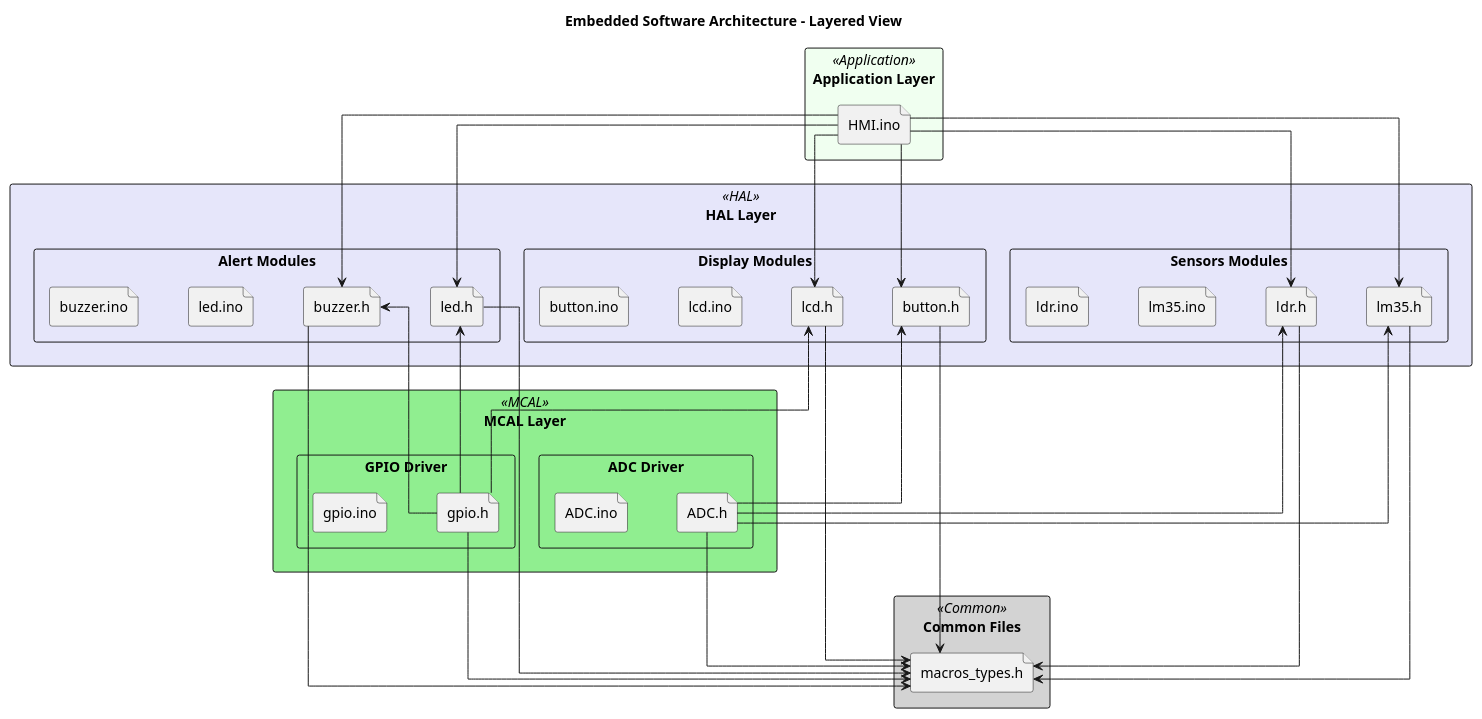
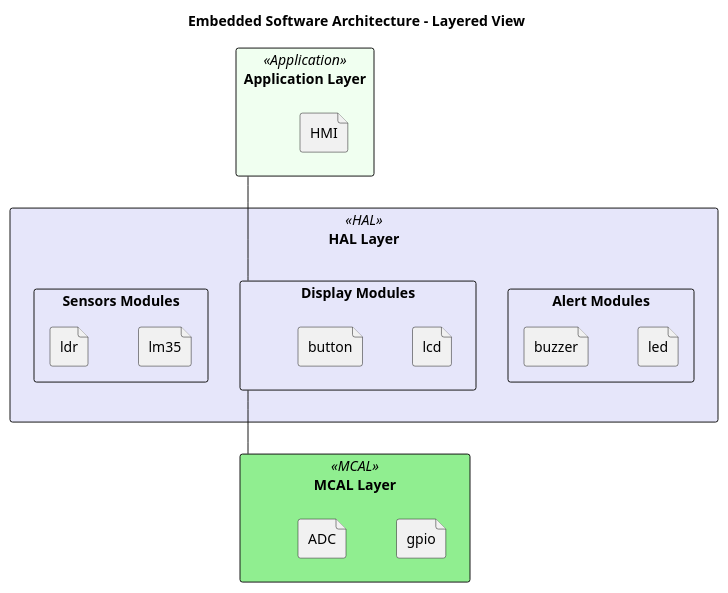
One commit to Arwa-Hesham/Human-Machine-Interface-HMI- changed the first of 3 diagrams in pdesign/project_design.md. Above: the diagram before and after it, drawn with PlantUML. The commit also changed other lines of this file, not shown here.

Commit message:
Architectural Overview modifications

````diff
--- a/pdesign/project_design.md
+++ b/pdesign/project_design.md
@@ -58,7 +58,7 @@
 ' 1. APPLICATION LAYER
 ' ---------------------------------------------------------
 package "Application Layer" <<Application>> {
-    file "HMI.ino"
+    file "HMI"
 }
 
 ' ---------------------------------------------------------
@@ -67,25 +67,21 @@
 package "HAL Layer" <<HAL>> {
     
     rectangle "Alert Modules" {
-        file "led.h"
-        file "led.ino"
-        file "buzzer.h"
-        file "buzzer.ino"
+        file "led"
+        file "buzzer"
+
     }
     
     rectangle "Display Modules" {
-        file "lcd.h"
-        file "lcd.ino"
-        file "button.h"
-        file "button.ino"
+        file "lcd"
+        file "button"
+        
         
     }
 
     rectangle "Sensors Modules" {
-        file "lm35.h"
-        file "lm35.ino"
-        file "ldr.h"
-        file "ldr.ino"
+        file "lm35"
+        file "ldr"
     }
    
 }
@@ -94,57 +90,15 @@
 ' 3. MCAL LAYER
 ' ---------------------------------------------------------
 package "MCAL Layer" <<MCAL>> {
-    
-    rectangle "GPIO Driver" {
-        file "gpio.h"
-        file "gpio.ino"
-    }
 
-    rectangle "ADC Driver" {
-        file "ADC.h"
-        file "ADC.ino"
-    }
+        file "gpio"
+        file "ADC"
 }
-
-' ---------------------------------------------------------
-' 4. COMMON LAYER (Side Layer)
-' ---------------------------------------------------------
-package "Common Files" <<Common>> {
-    file "macros_types.h"
-}
-
 ' ---------------------------------------------------------
 ' CONNECTIONS
 ' ---------------------------------------------------------
-
-' 1. Main to HAL Headers
-"HMI.ino" --> "led.h"
-"HMI.ino" --> "lcd.h"
-"HMI.ino" --> "lm35.h"
-"HMI.ino" --> "button.h"
-"HMI.ino" --> "buzzer.h"
-"HMI.ino" --> "ldr.h"
-
-' 2. MCAL (ADC) to HAL Modules using ADC
-"ADC.h" -up-> "lm35.h"
-"ADC.h" -up-> "ldr.h"
-"ADC.h" -up-> "button.h"
-
-' 3. MCAL (GPIO) to HAL Modules using GPIO
-"gpio.h" -up-> "led.h"
-"gpio.h" -up-> "lcd.h"
-"gpio.h" -up-> "buzzer.h"
-
-' 4. Common layer connections
-"lcd.h" -->"macros_types.h"
-"led.h" -->"macros_types.h"
-"button.h" -->"macros_types.h"
-"buzzer.h" -->"macros_types.h"
-"ldr.h" -->"macros_types.h"
-"lm35.h" -->"macros_types.h"
-"ADC.h" -->"macros_types.h"
-"gpio.h"-->"macros_types.h"
-
+"Application Layer" -- "Display Modules"
+"MCAL Layer" -up-"Display Modules"
 @enduml
 
 ```
````
